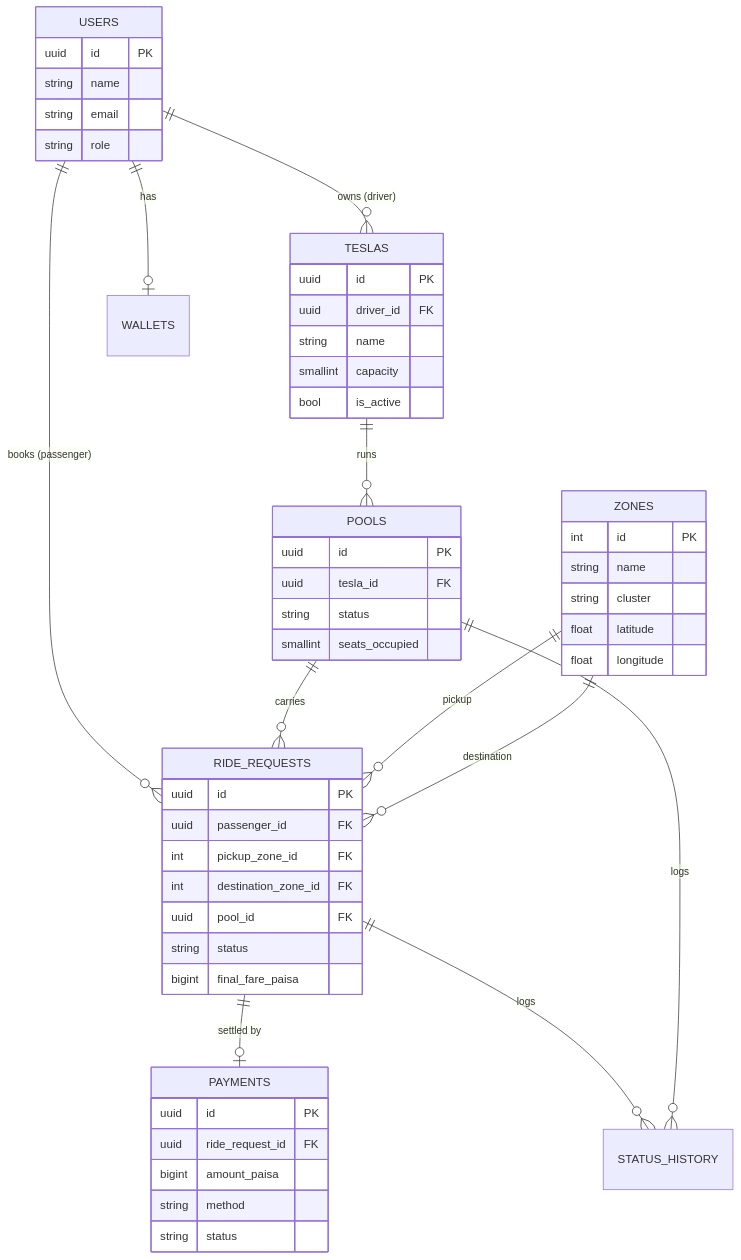
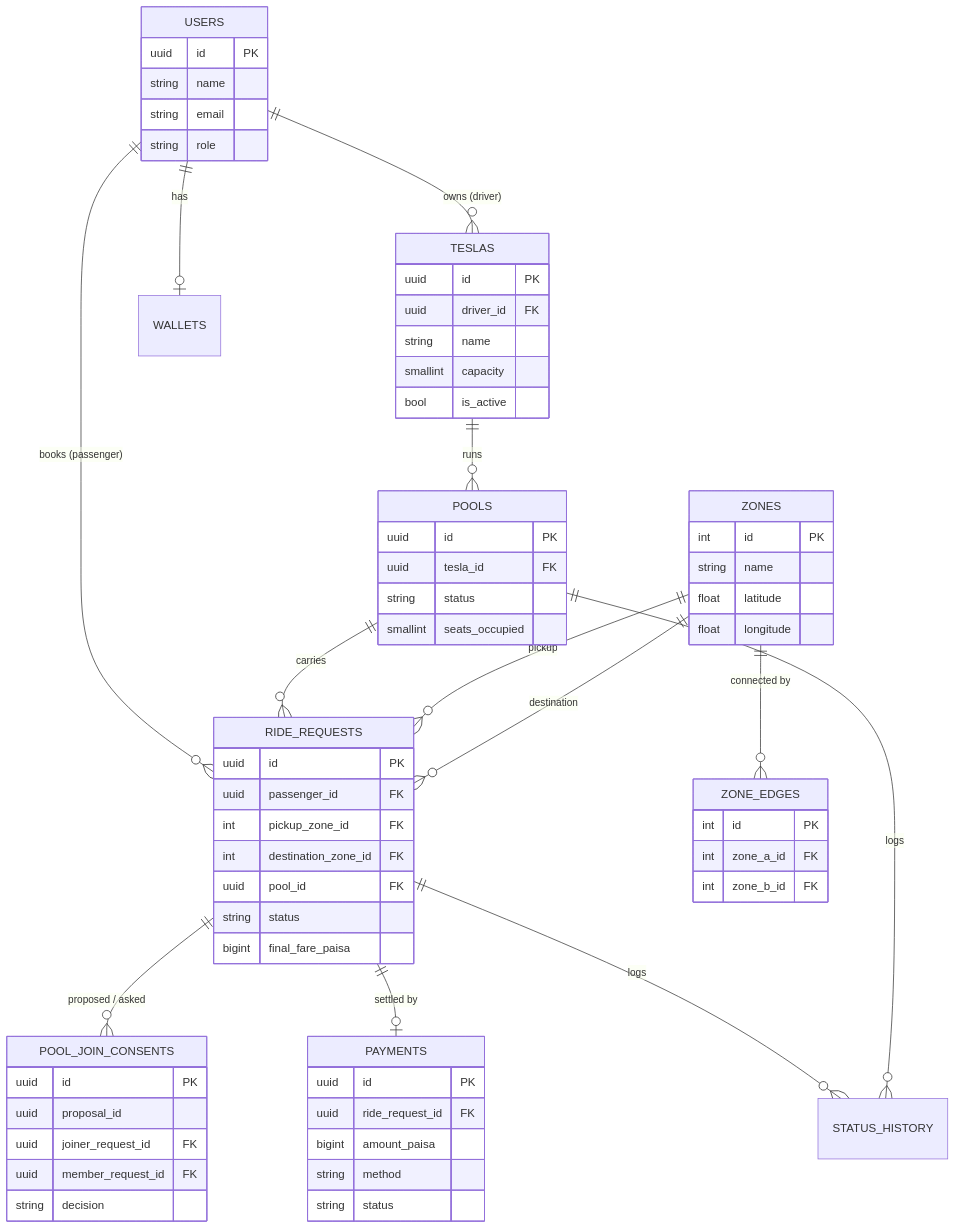
One commit to JahidRayhan/Dhaka-Tesla-Pool changed the second of 3 diagrams in README.md. Above: the diagram before and after it, drawn with Mermaid. The commit also changed other lines of this file and 2 other files, not shown here.

````diff
--- a/README.md
+++ b/README.md
@@ -108,56 +111,69 @@
 ```mermaid
 erDiagram
     USERS ||--o{ TESLAS : "owns (driver)"
     USERS ||--o{ RIDE_REQUESTS : "books (passenger)"
     USERS ||--o| WALLETS : has
     TESLAS ||--o{ POOLS : "runs"
     POOLS ||--o{ RIDE_REQUESTS : "carries"
     ZONES ||--o{ RIDE_REQUESTS : "pickup"
     ZONES ||--o{ RIDE_REQUESTS : "destination"
+    ZONES ||--o{ ZONE_EDGES : "connected by"
+    RIDE_REQUESTS ||--o{ POOL_JOIN_CONSENTS : "proposed / asked"
     RIDE_REQUESTS ||--o| PAYMENTS : "settled by"
     RIDE_REQUESTS ||--o{ STATUS_HISTORY : "logs"
     POOLS ||--o{ STATUS_HISTORY : "logs"
 
     USERS {
         uuid id PK
         string name
         string email
         string role
     }
     TESLAS {
         uuid id PK
         uuid driver_id FK
         string name
         smallint capacity
         bool is_active
     }
     ZONES {
         int id PK
         string name
-        string cluster
         float latitude
         float longitude
+    }
+    ZONE_EDGES {
+        int id PK
+        int zone_a_id FK
+        int zone_b_id FK
+    }
+    POOL_JOIN_CONSENTS {
+        uuid id PK
+        uuid proposal_id
+        uuid joiner_request_id FK
+        uuid member_request_id FK
+        string decision
     }
     POOLS {
         uuid id PK
         uuid tesla_id FK
         string status
         smallint seats_occupied
     }
     RIDE_REQUESTS {
         uuid id PK
         uuid passenger_id FK
         int pickup_zone_id FK
         int destination_zone_id FK
         uuid pool_id FK
         string status
         bigint final_fare_paisa
     }
     PAYMENTS {
         uuid id PK
         uuid ride_request_id FK
         bigint amount_paisa
         string method
         string status
     }
 ```
````
